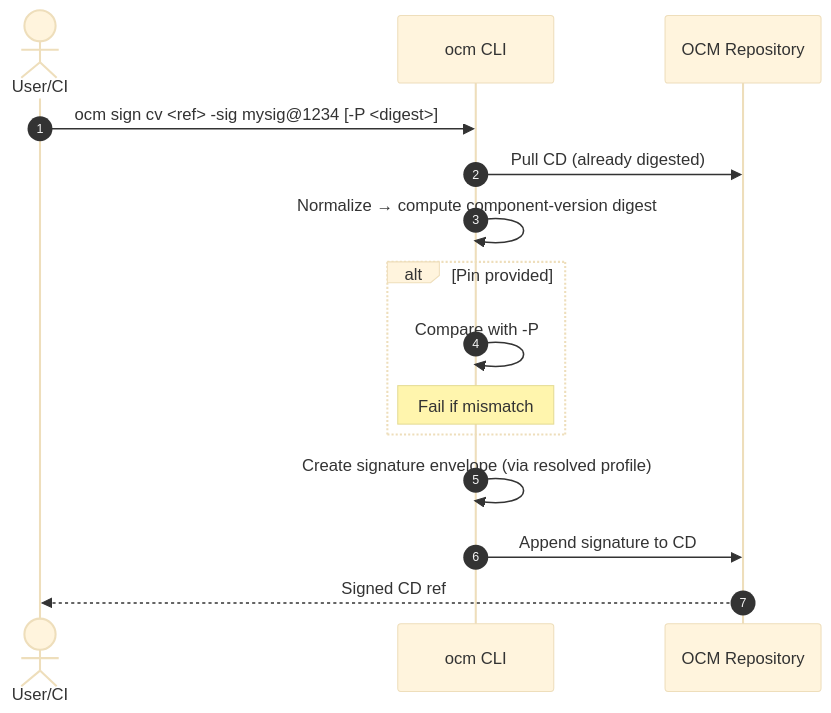
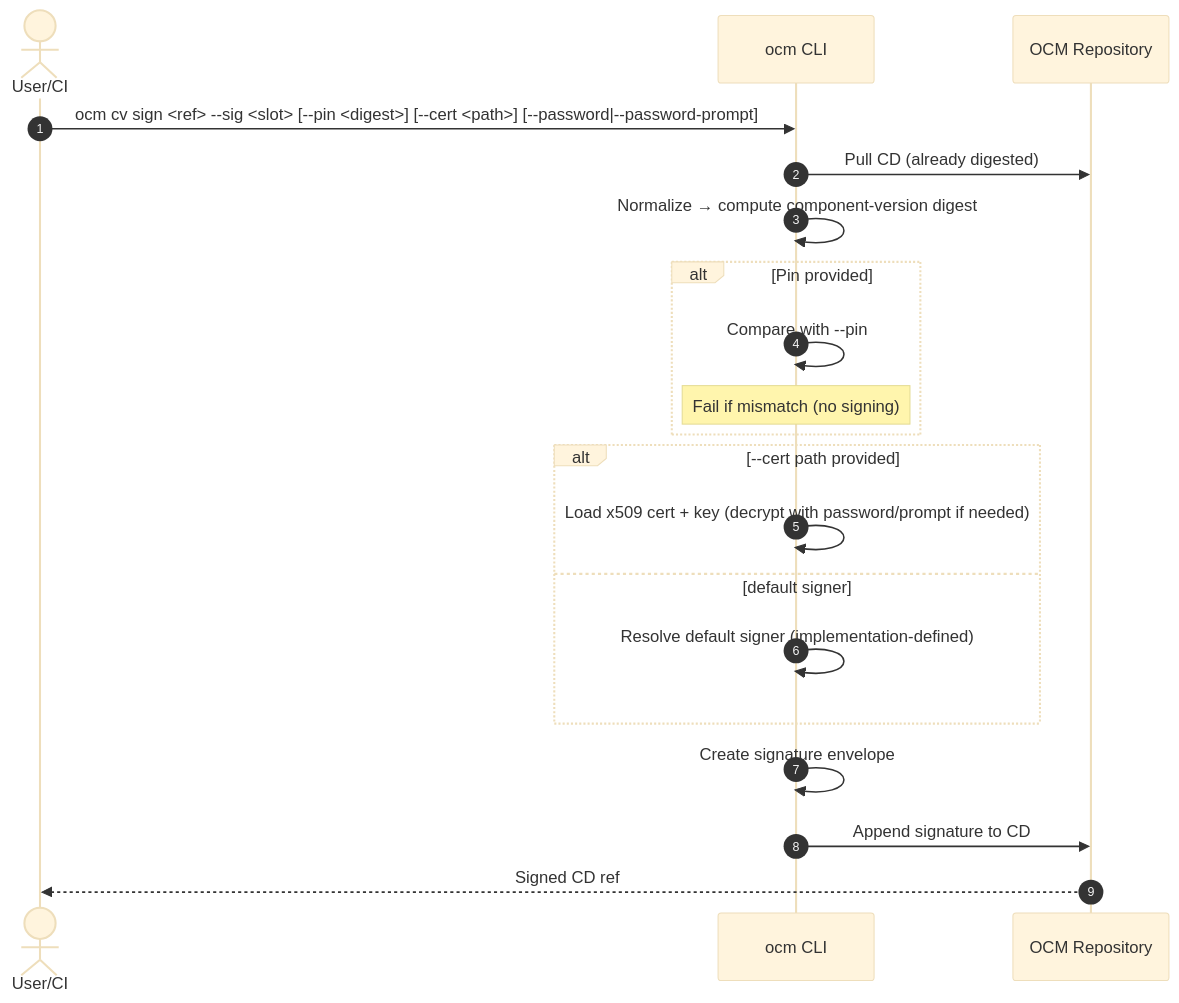
One commit to open-component-model/open-component-model changed the second of 2 diagrams in docs/adr/0008_signing_verification.md. Above: the diagram before and after it, drawn with Mermaid (base theme). The commit also changed other lines of this file, not shown here.

````diff
--- a/docs/adr/0008_signing_verification.md
+++ b/docs/adr/0008_signing_verification.md
@@ -226,18 +190,23 @@
 ```mermaid
 sequenceDiagram
   autonumber
   actor U as User/CI
   participant C as ocm CLI
   participant R as OCM Repository
 
-  U->>C: ocm sign cv <ref> -sig mysig@1234 [-P <digest>]
+  U->>C: ocm cv sign <ref> --sig <slot> [--pin <digest>] [--cert <path>] [--password|--password-prompt]
   C->>R: Pull CD (already digested)
   C->>C: Normalize → compute component-version digest
   alt Pin provided
-    C->>C: Compare with -P
-    note over C: Fail if mismatch
+    C->>C: Compare with --pin
+    note over C: Fail if mismatch (no signing)
   end
-  C->>C: Create signature envelope (via resolved profile)
+  alt --cert path provided
+    C->>C: Load x509 cert + key (decrypt with password/prompt if needed)
+  else default signer
+    C->>C: Resolve default signer (implementation-defined)
+  end
+  C->>C: Create signature envelope
   C->>R: Append signature to CD
   R-->>U: Signed CD ref
 ```
````
